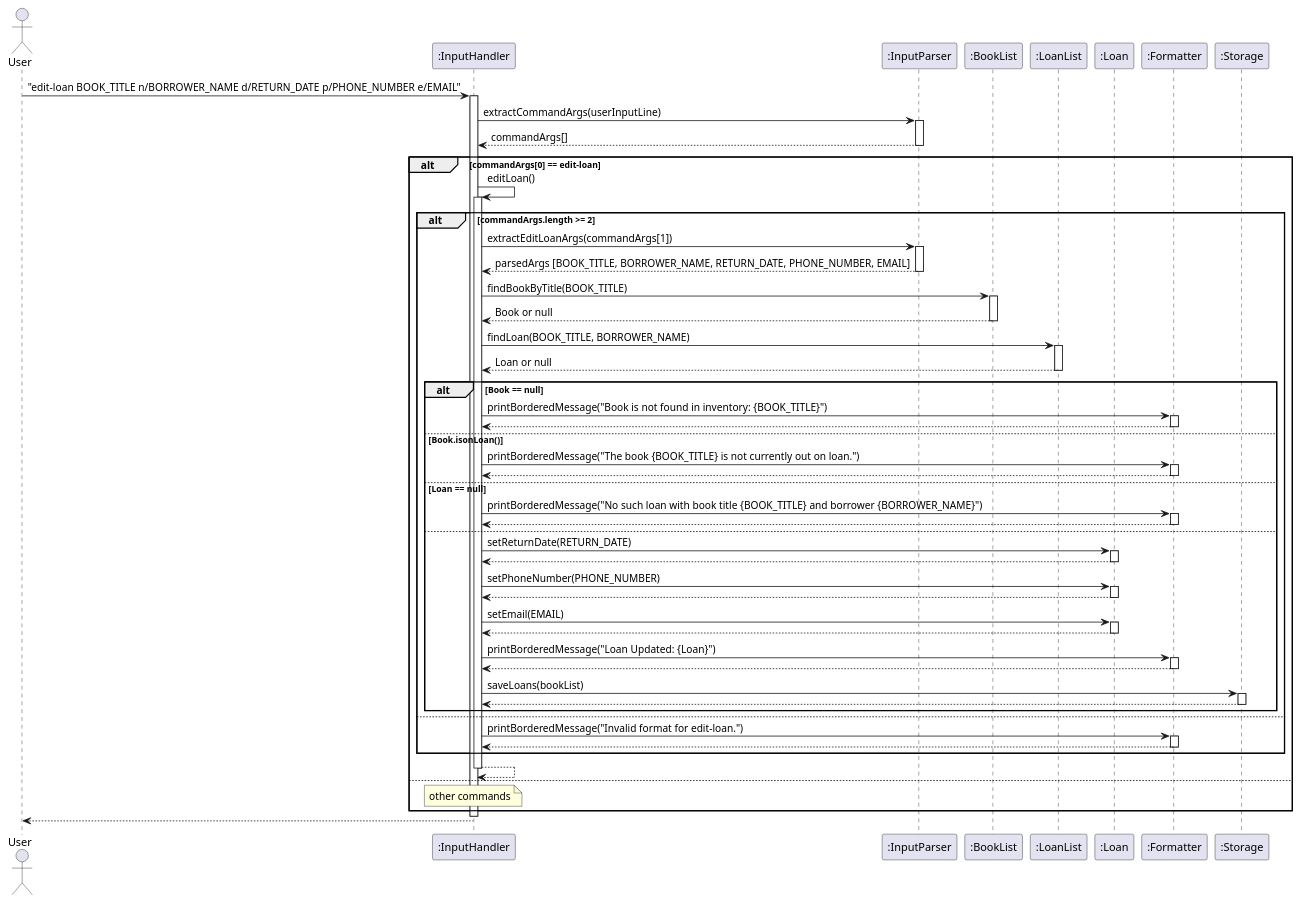
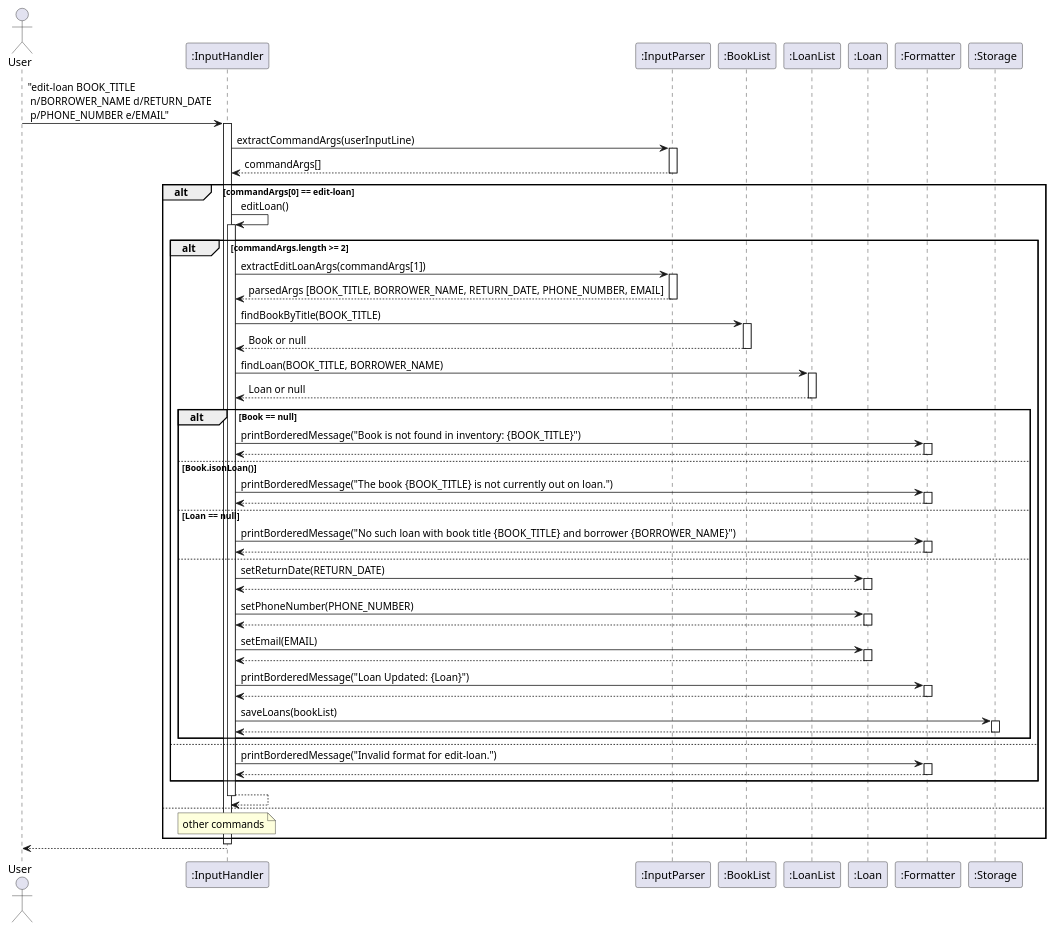
One commit to AY2425S2-CS2113-T12-2/tp changed the diagram in docs/diagrams/editLoan.puml. Above: the diagram before and after it, drawn with PlantUML. The commit also changed 7 other files, not shown here.

```diff
--- a/docs/diagrams/editLoan.puml
+++ b/docs/diagrams/editLoan.puml
@@ -1,105 +1,105 @@
 @startuml
 actor User
 participant InputHandler as ":InputHandler"
 participant InputParser as ":InputParser"
 participant BookList as ":BookList"
 participant LoanList as ":LoanList"
 participant Loan as ":Loan"
 participant Formatter as ":Formatter"
 participant Storage as ":Storage"
 
-User -> InputHandler: "edit-loan BOOK_TITLE n/BORROWER_NAME d/RETURN_DATE p/PHONE_NUMBER e/EMAIL"
+User -> InputHandler: "edit-loan BOOK_TITLE \n n/BORROWER_NAME d/RETURN_DATE \n p/PHONE_NUMBER e/EMAIL"
 activate InputHandler
 
 InputHandler -> InputParser: extractCommandArgs(userInputLine)
 activate InputParser
 
 InputParser --> InputHandler: commandArgs[]
 deactivate InputParser
 
 alt commandArgs[0] == edit-loan
     InputHandler -> InputHandler : editLoan()
     activate InputHandler
 
 alt commandArgs.length >= 2
     InputHandler -> InputParser: extractEditLoanArgs(commandArgs[1])
     activate InputParser
 
     InputParser --> InputHandler: parsedArgs [BOOK_TITLE, BORROWER_NAME, RETURN_DATE, PHONE_NUMBER, EMAIL]
     deactivate InputParser
 
     InputHandler -> BookList: findBookByTitle(BOOK_TITLE)
     activate BookList
 
     BookList --> InputHandler: Book or null
     deactivate BookList
 
     InputHandler -> LoanList: findLoan(BOOK_TITLE, BORROWER_NAME)
     activate LoanList
 
     LoanList --> InputHandler: Loan or null
     deactivate LoanList
 
     alt Book == null
         InputHandler -> Formatter: printBorderedMessage("Book is not found in inventory: {BOOK_TITLE}")
         activate Formatter
         Formatter --> InputHandler
         deactivate Formatter
     
     else Book.isonLoan()
         InputHandler -> Formatter: printBorderedMessage("The book {BOOK_TITLE} is not currently out on loan.")
         activate Formatter
         Formatter --> InputHandler
         deactivate Formatter
     
     else Loan == null
         InputHandler -> Formatter: printBorderedMessage("No such loan with book title {BOOK_TITLE} and borrower {BORROWER_NAME}")
         activate Formatter
         Formatter --> InputHandler
         deactivate Formatter
 
     else
         InputHandler -> Loan : setReturnDate(RETURN_DATE)
         activate Loan
         Loan --> InputHandler
         deactivate Loan
 
         InputHandler -> Loan : setPhoneNumber(PHONE_NUMBER)
         activate Loan
         Loan --> InputHandler
         deactivate Loan
 
         InputHandler -> Loan : setEmail(EMAIL)
         activate Loan
         Loan --> InputHandler
         deactivate Loan        
 
         InputHandler -> Formatter: printBorderedMessage("Loan Updated: {Loan}")
         activate Formatter
         Formatter --> InputHandler
         deactivate Formatter
 
         InputHandler -> Storage: saveLoans(bookList)
         activate Storage
         Storage --> InputHandler
         deactivate Storage
 
     end
 
     else
         InputHandler -> Formatter: printBorderedMessage("Invalid format for edit-loan.")
         activate Formatter
         Formatter --> InputHandler
         deactivate Formatter
     end
 
 InputHandler --> InputHandler
 deactivate InputHandler
 
 else
     note over InputHandler : other commands
 end
 
 deactivate InputHandler
 InputHandler --> User
 @enduml
```
